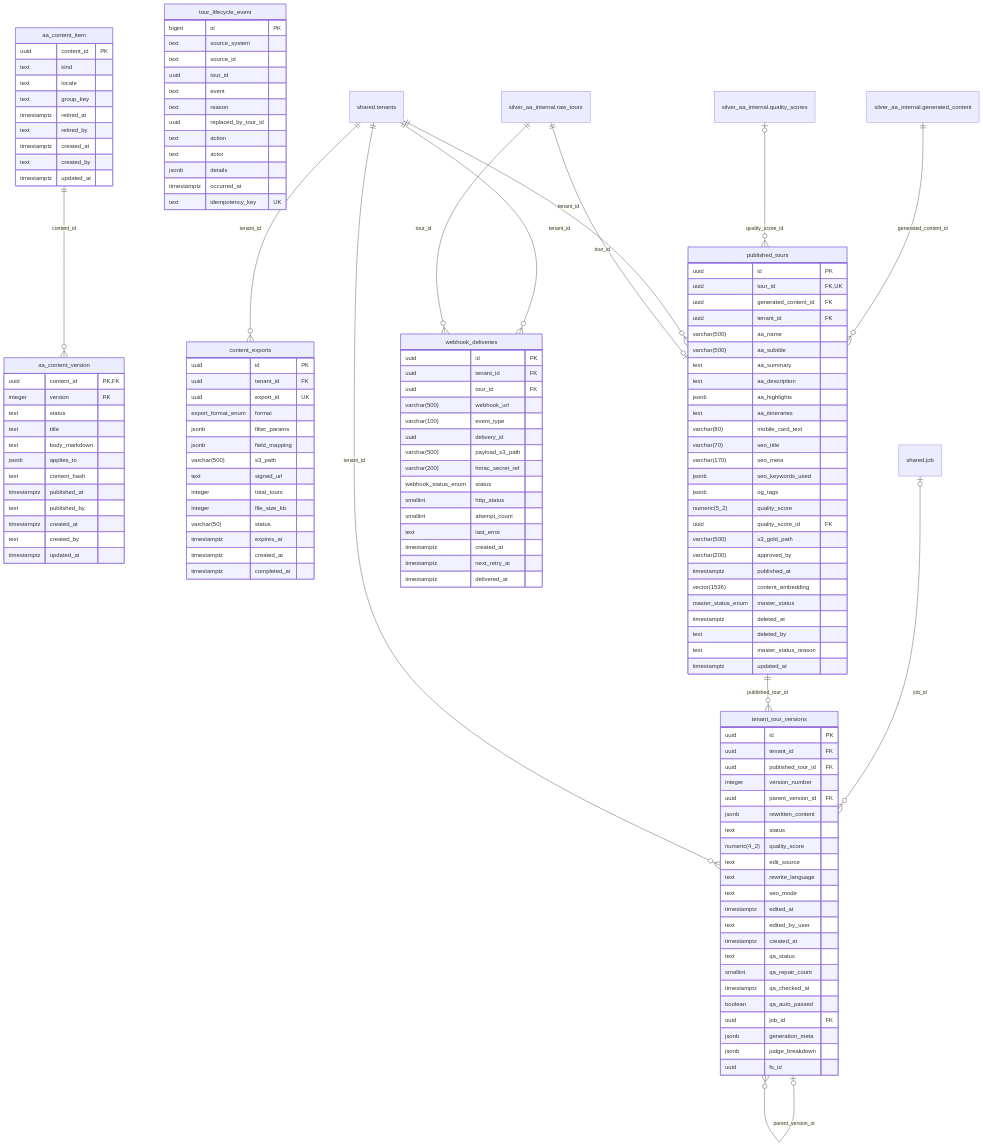
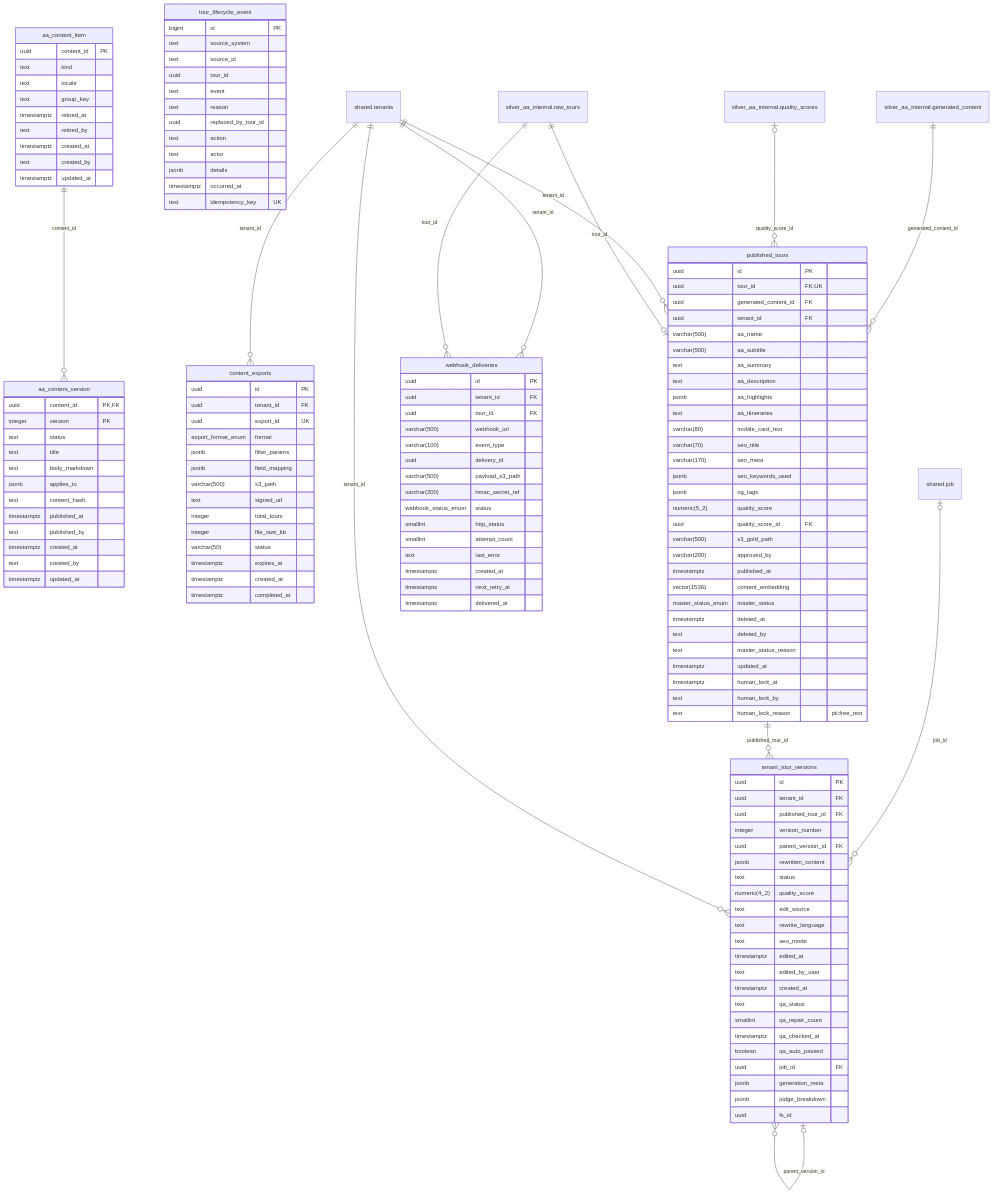
Before and after one commit to AdventureAsia365-Ecosys/AA-Ecosys: the diagram in docs/architecture/erd/gold_aa_internal.md, drawn with Mermaid. The commit also changed other lines of this file and 11 other files, not shown here.

First line of the commit message:
docs: regenerate db-schema-reference.md and ERD (live dump) (#900)

```diff
--- a/docs/architecture/erd/gold_aa_internal.md
+++ b/docs/architecture/erd/gold_aa_internal.md
@@ -92,6 +92,9 @@
         text deleted_by
         text master_status_reason
         timestamptz updated_at
+        timestamptz human_lock_at
+        text human_lock_by
+        text human_lock_reason "pii:free_text"
     }
     tenant_tour_versions {
         uuid id PK
```
